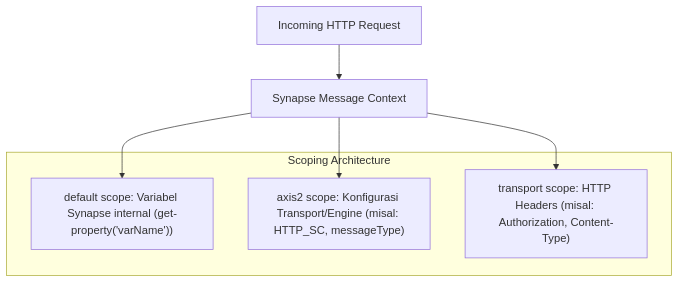
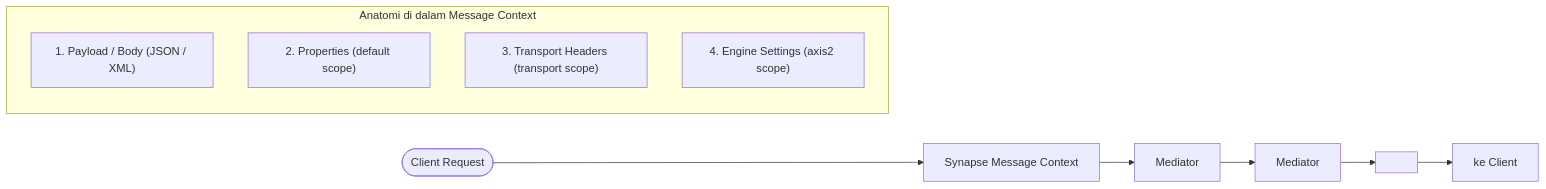
Before and after one commit to jovancamorris/assa-learn-tech: the diagram in materi/02_core_mediators.md, drawn with Mermaid. The commit also changed other lines of this file, not shown here.

Commit message:
docs: add module documentation for core mediators and message context manipulation

````diff
--- a/materi/02_core_mediators.md
+++ b/materi/02_core_mediators.md
@@ -9,12 +21,16 @@
 ```mermaid
-flowchart TD
-    Req[Incoming HTTP Request] --> MC[Synapse Message Context]
-    subgraph Scopes [Scoping Architecture]
-        DefaultScope["default scope: Variabel Synapse internal (get-property('varName'))"]
-        Axis2Scope["axis2 scope: Konfigurasi Transport/Engine (misal: HTTP_SC, messageType)"]
-        TransportScope["transport scope: HTTP Headers (misal: Authorization, Content-Type)"]
+flowchart LR
+    Client([Client Request]) --> MC[Synapse Message Context]
+    
+    subgraph Inside_MC ["Anatomi di dalam Message Context"]
+        Body["1. Payload / Body (JSON / XML)"]
+        Props["2. Properties (default scope)"]
+        Trp["3. Transport Headers (transport scope)"]
+        Axis2["4. Engine Settings (axis2 scope)"]
     end
-    MC --> DefaultScope
-    MC --> Axis2Scope
-    MC --> TransportScope
+    
+    MC --> M1["<log> Mediator"]
+    M1 --> M2["<payloadFactory> Mediator"]
+    M2 --> M3["<property scope='axis2'>"]
+    M3 --> Resp["<respond/> ke Client"]
 ```
````
